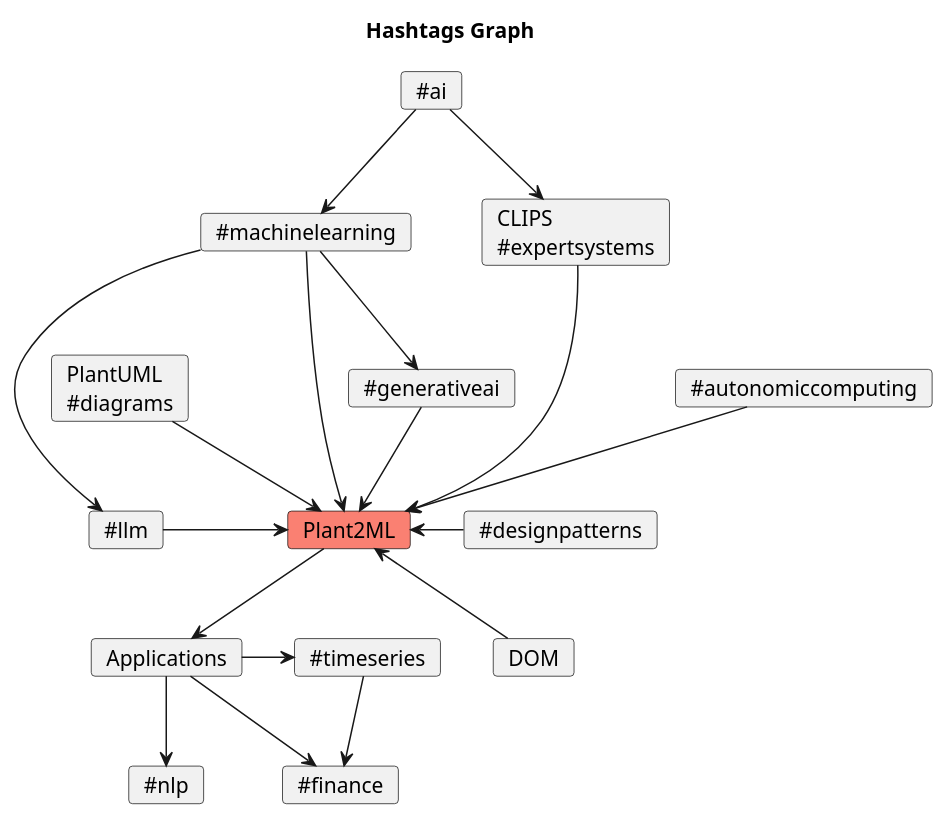
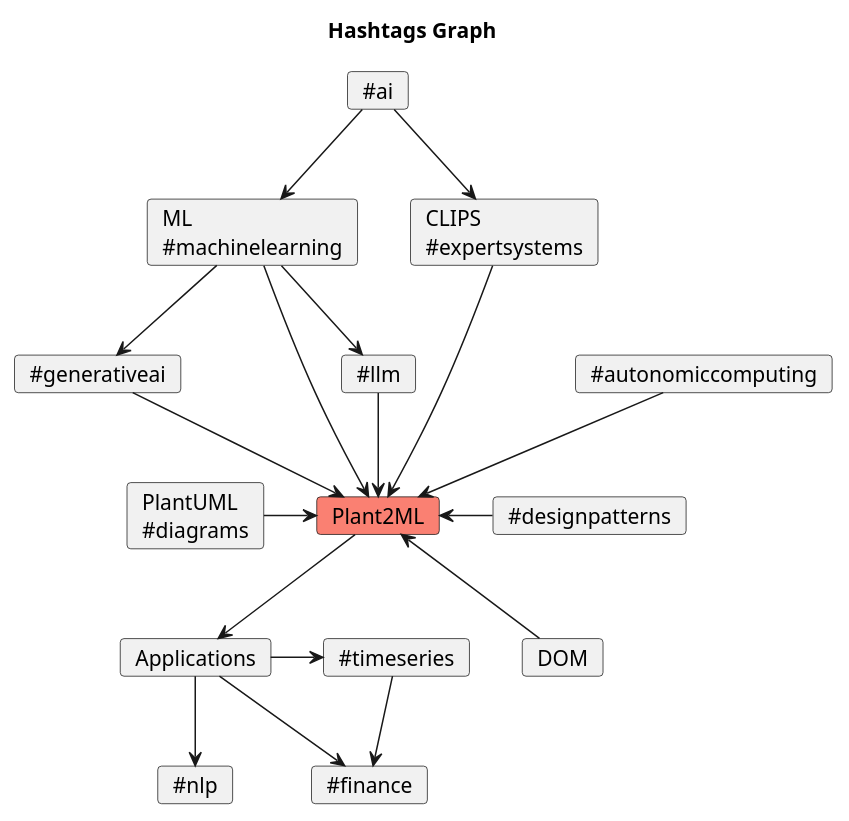
The diagram in diagrams/hashtags.puml (mirceat/Plant2ML-Weekly), drawn with PlantUML before and after one commit. The commit also changed 2 other files, not shown here.

```diff
--- a/diagrams/hashtags.puml
+++ b/diagrams/hashtags.puml
@@ -1,41 +1,38 @@
 @startuml
 
 title Hashtags Graph
 
-card Plant2ML #salmon
+card "Plant2ML" as Plant2ML #salmon
 card "PlantUML\n~#diagrams" as PlantUML
-card "~#machinelearning" as ML
+card "ML\n~#machinelearning" as ML
 card "~#llm" as LLM
 card "~#ai" as AI
 card "CLIPS\n~#expertsystems" as ES
-'card CLIPS
 card "~#generativeai" as GenerativeAI
 card Applications
 card "~#timeseries" as Timeseries
 card "~#nlp" as nlp
 card "~#finance" as Finance
 card "~#designpatterns" as DesignPatterns
 card "~#autonomiccomputing" as Autonomic
 card DOM
 
-PlantUML --> Plant2ML
+PlantUML -> Plant2ML
 ML --> Plant2ML
 ML --> LLM
 AI --> ML
 AI --> ES
-'ES --> CLIPS
 ML --> GenerativeAI
 GenerativeAI --> Plant2ML
 Applications -> Timeseries
 Timeseries --> Finance
 Applications --> nlp
 Plant2ML --> Applications
 Plant2ML <- DesignPatterns
-LLM -> Plant2ML
-'CLIPS --> Plant2ML
+LLM --> Plant2ML
 ES --> Plant2ML
 Autonomic --> Plant2ML
 Plant2ML <-- DOM
 Applications --> Finance
 
 @enduml
```
